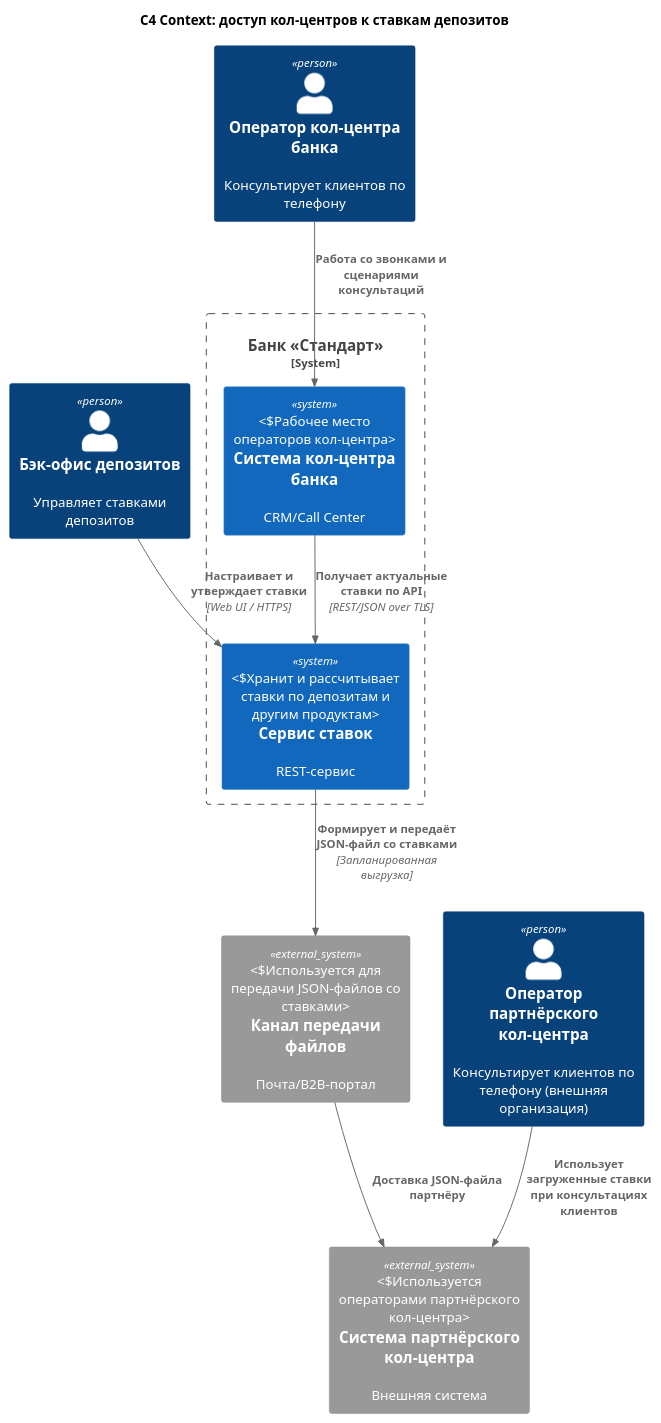
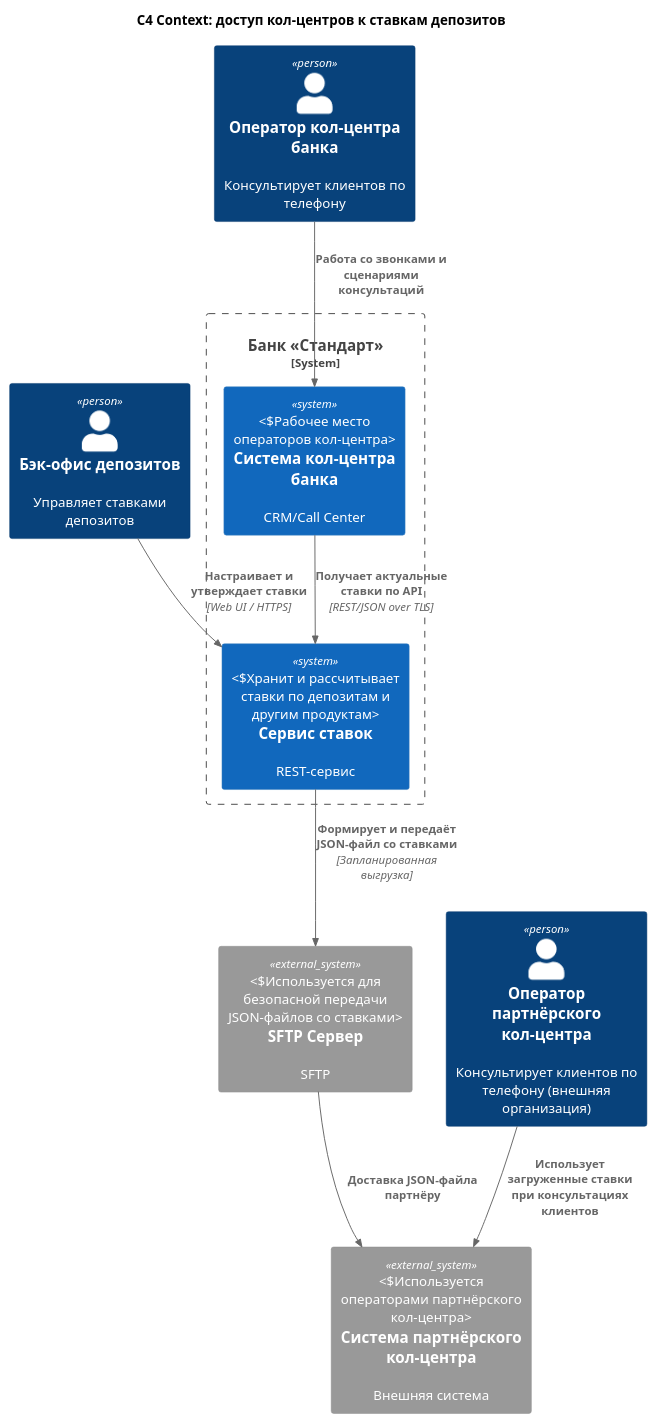
One commit to konevre/architecture-pro-standart changed the diagram in Task4/C4_Context_Rates_CallCenters.puml. Above: the diagram before and after it, drawn with PlantUML. The commit also changed 5 other files, not shown here.

```diff
--- a/Task4/C4_Context_Rates_CallCenters.puml
+++ b/Task4/C4_Context_Rates_CallCenters.puml
@@ -1,27 +1,27 @@
 @startuml C4_Context_Rates_CallCenters
 !include https://raw.githubusercontent.com/plantuml-stdlib/C4-PlantUML/master/C4_Context.puml
 
 title C4 Context: доступ кол-центров к ставкам депозитов
 
 Person(BackOfficeDeposits, "Бэк-офис депозитов", "Управляет ставками депозитов")
 Person(CCOperator, "Оператор кол-центра банка", "Консультирует клиентов по телефону")
 Person(CCPartnerOperator, "Оператор партнёрского кол-центра", "Консультирует клиентов по телефону (внешняя организация)")
 
 System_Boundary(Bank, "Банк «Стандарт»") {
   System(RatesService, "Сервис ставок", "REST-сервис", "Хранит и рассчитывает ставки по депозитам и другим продуктам")
   System(CallCenterSystem, "Система кол-центра банка", "CRM/Call Center", "Рабочее место операторов кол-центра")
 }
 
 System_Ext(PartnerCCSystem, "Система партнёрского кол-центра", "Внешняя система", "Используется операторами партнёрского кол-центра")
-System_Ext(FileChannel, "Канал передачи файлов", "Почта/B2B-портал", "Используется для передачи JSON-файлов со ставками")
+System_Ext(FileChannel, "SFTP Сервер", "SFTP", "Используется для безопасной передачи JSON-файлов со ставками")
 
 Rel(BackOfficeDeposits, RatesService, "Настраивает и утверждает ставки", "Web UI / HTTPS")
 Rel(CCOperator, CallCenterSystem, "Работа со звонками и сценариями консультаций")
 Rel(CallCenterSystem, RatesService, "Получает актуальные ставки по API", "REST/JSON over TLS")
 
 Rel(RatesService, FileChannel, "Формирует и передаёт JSON-файл со ставками", "Запланированная выгрузка")
 Rel(FileChannel, PartnerCCSystem, "Доставка JSON-файла партнёру")
 
 Rel(CCPartnerOperator, PartnerCCSystem, "Использует загруженные ставки при консультациях клиентов")
 
 @enduml
```
